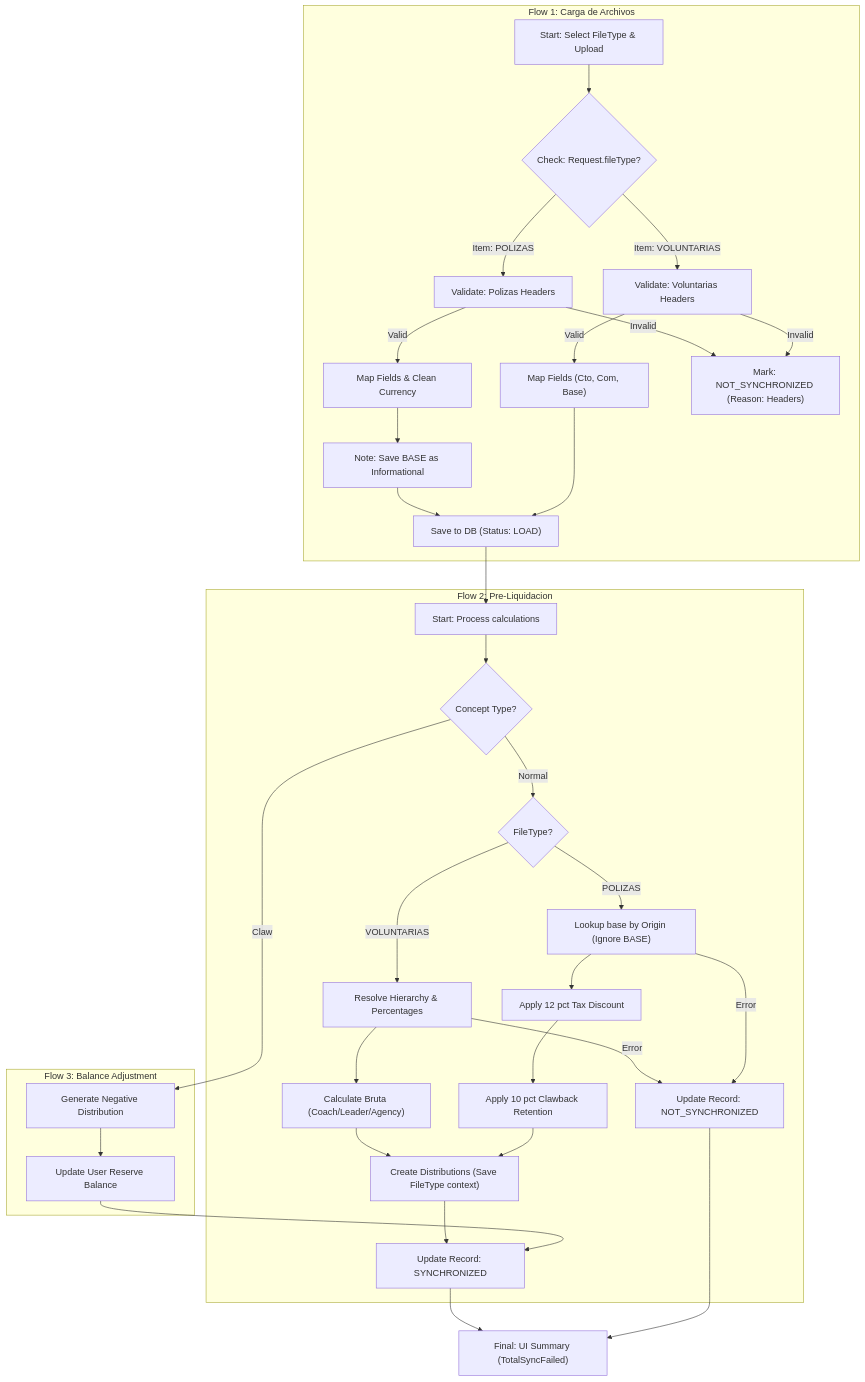
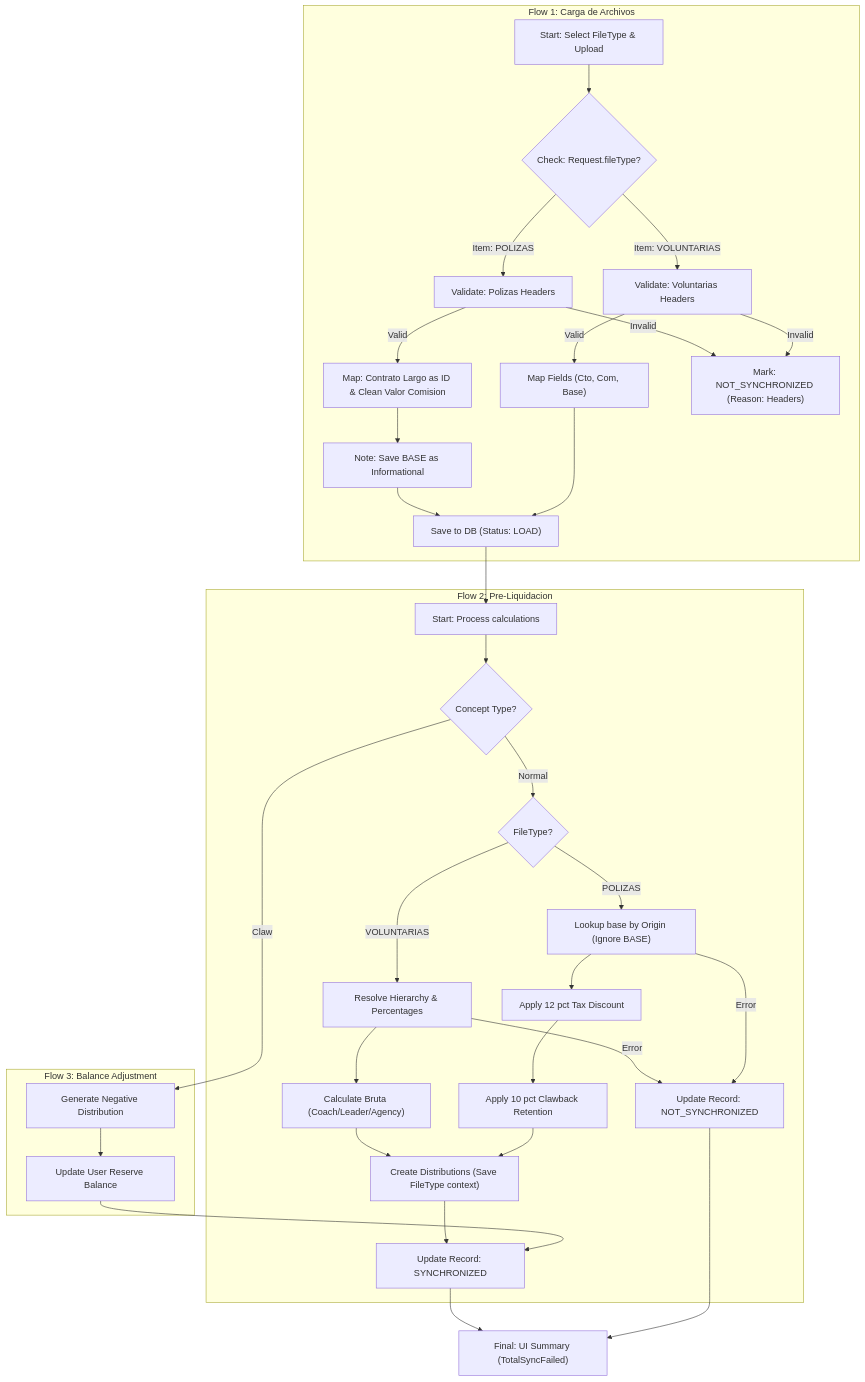
One commit to financieramentecu/financieramente-app changed the diagram in specs/005-adjust-commission-file-loading/flowchart.md. Above: the diagram before and after it, drawn with Mermaid. The commit also changed other lines of this file and 1 other file, not shown here.

Commit message:
docs: refine Polizas mapping with Contrato Largo and currency cleaning

````diff
--- a/specs/005-adjust-commission-file-loading/flowchart.md
+++ b/specs/005-adjust-commission-file-loading/flowchart.md
@@ -5,49 +5,49 @@
 ```mermaid
 graph TD
     subgraph FLOW1 ["Flow 1: Carga de Archivos"]
         A["Start: Select FileType & Upload"] --> B{"Check: Request.fileType?"}
         
         B -- "Item: POLIZAS" --> C["Validate: Polizas Headers"]
         B -- "Item: VOLUNTARIAS" --> D["Validate: Voluntarias Headers"]
         
-        C -- "Valid" --> E["Map Fields & Clean Currency"]
+        C -- "Valid" --> E["Map: Contrato Largo as ID & Clean Valor Comision"]
         E --> F["Note: Save BASE as Informational"]
         F --> G["Save to DB (Status: LOAD)"]
         
         D -- "Valid" --> H["Map Fields (Cto, Com, Base)"]
         H --> G
         
         C -- "Invalid" --> I["Mark: NOT_SYNCHRONIZED (Reason: Headers)"]
         D -- "Invalid" --> I
     end
 
     subgraph FLOW2 ["Flow 2: Pre-Liquidacion"]
         G --> J["Start: Process calculations"]
         J --> K{"Concept Type?"}
         
         K -- "Normal" --> L{"FileType?"}
         
         L -- "VOLUNTARIAS" --> M["Resolve Hierarchy & Percentages"]
         M --> N["Calculate Bruta (Coach/Leader/Agency)"]
         
         L -- "POLIZAS" --> O["Lookup base by Origin (Ignore BASE)"]
         O --> P["Apply 12 pct Tax Discount"]
         P --> Q["Apply 10 pct Clawback Retention"]
         
         N --> R["Create Distributions (Save FileType context)"]
         Q --> R
         
         R --> S["Update Record: SYNCHRONIZED"]
         M -- "Error" --> T["Update Record: NOT_SYNCHRONIZED"]
         O -- "Error" --> T
     end
 
     subgraph FLOW3 ["Flow 3: Balance Adjustment"]
         K -- "Claw" --> U["Generate Negative Distribution"]
         U --> V["Update User Reserve Balance"]
         V --> S
     end
 
     S --> W["Final: UI Summary (TotalSyncFailed)"]
     T --> W
 ```
````
